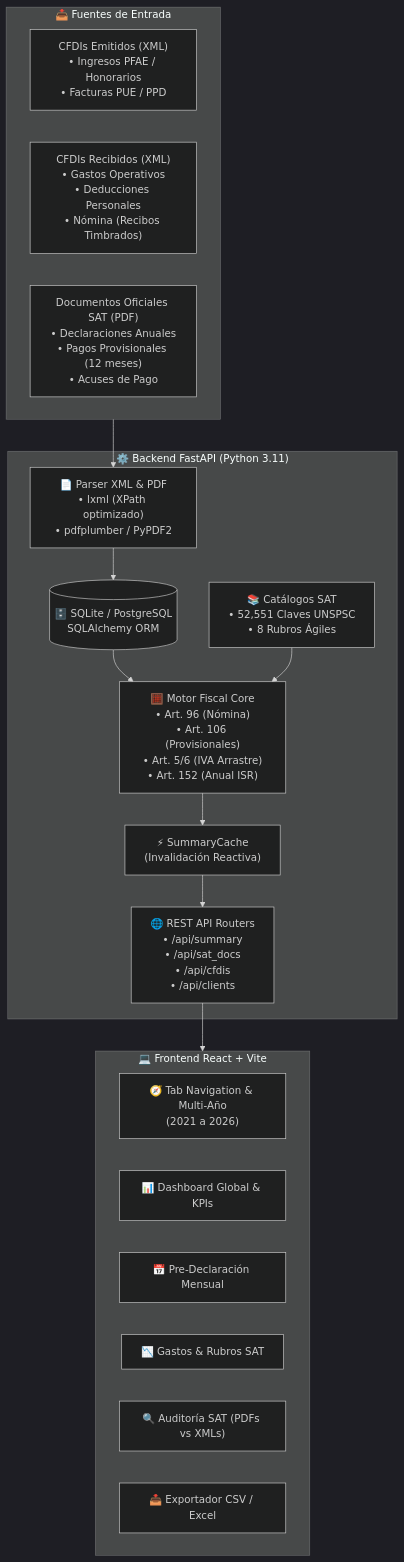
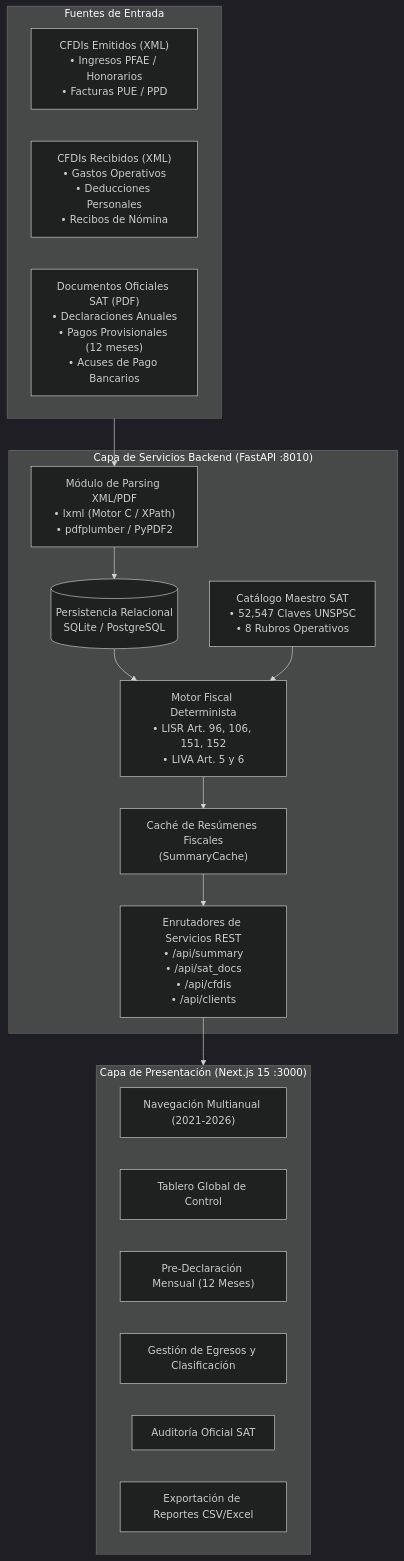
The diagram in docs/01_arquitectura_general.md (shellaquiles/tribuTACOS), drawn with Mermaid (dark theme) before and after one commit. The commit also changed other lines of this file and 10 other files, not shown here.

````diff
--- a/docs/01_arquitectura_general.md
+++ b/docs/01_arquitectura_general.md
@@ -11,34 +11,34 @@
 ```mermaid
 flowchart TD
-    subgraph Ingesta["📥 Fuentes de Entrada"]
+    subgraph Ingesta["Fuentes de Entrada"]
         XML_Emitidos["CFDIs Emitidos (XML)\n• Ingresos PFAE / Honorarios\n• Facturas PUE / PPD"]
-        XML_Recibidos["CFDIs Recibidos (XML)\n• Gastos Operativos\n• Deducciones Personales\n• Nómina (Recibos Timbrados)"]
-        PDF_SAT["Documentos Oficiales SAT (PDF)\n• Declaraciones Anuales\n• Pagos Provisionales (12 meses)\n• Acuses de Pago"]
+        XML_Recibidos["CFDIs Recibidos (XML)\n• Gastos Operativos\n• Deducciones Personales\n• Recibos de Nómina"]
+        PDF_SAT["Documentos Oficiales SAT (PDF)\n• Declaraciones Anuales\n• Pagos Provisionales (12 meses)\n• Acuses de Pago Bancarios"]
     end
 
-    subgraph Backend["⚙️ Backend FastAPI (Python 3.11)"]
-        Parser["📄 Parser XML & PDF\n• lxml (XPath optimizado)\n• pdfplumber / PyPDF2"]
-        DB[(🗄️ SQLite / PostgreSQL\nSQLAlchemy ORM)]
-        SatCat["📚 Catálogos SAT\n• 52,551 Claves UNSPSC\n• 8 Rubros Ágiles"]
-        Engine["🧮 Motor Fiscal Core\n• Art. 96 (Nómina)\n• Art. 106 (Provisionales)\n• Art. 5/6 (IVA Arrastre)\n• Art. 152 (Anual ISR)"]
-        Cache["⚡ SummaryCache\n(Invalidación Reactiva)"]
-        API["🌐 REST API Routers\n• /api/summary\n• /api/sat_docs\n• /api/cfdis\n• /api/clients"]
+    subgraph Backend["Capa de Servicios Backend (FastAPI :8010)"]
+        Parser["Módulo de Parsing XML/PDF\n• lxml (Motor C / XPath)\n• pdfplumber / PyPDF2"]
+        DB[(Persistencia Relacional\nSQLite / PostgreSQL)]
+        SatCat["Catálogo Maestro SAT\n• 52,547 Claves UNSPSC\n• 8 Rubros Operativos"]
+        Engine["Motor Fiscal Determinista\n• LISR Art. 96, 106, 151, 152\n• LIVA Art. 5 y 6"]
+        Cache["Caché de Resúmenes Fiscales\n(SummaryCache)"]
+        API["Enrutadores de Servicios REST\n• /api/summary\n• /api/sat_docs\n• /api/cfdis\n• /api/clients"]
     end
 
-    subgraph Frontend["💻 Frontend React + Vite"]
-        UI_Nav["🧭 Tab Navigation & Multi-Año\n(2021 a 2026)"]
-        UI_Dash["📊 Dashboard Global & KPIs"]
-        UI_Pre["📅 Pre-Declaración Mensual"]
-        UI_Egr["📉 Gastos & Rubros SAT"]
-        UI_Aud["🔍 Auditoría SAT (PDFs vs XMLs)"]
-        UI_Exp["📥 Exportador CSV / Excel"]
+    subgraph Frontend["Capa de Presentación (Next.js 15 :3000)"]
+        UI_Nav["Navegación Multianual (2021-2026)"]
+        UI_Dash["Tablero Global de Control"]
+        UI_Pre["Pre-Declaración Mensual (12 Meses)"]
+        UI_Egr["Gestión de Egresos y Clasificación"]
+        UI_Aud["Auditoría Oficial SAT"]
+        UI_Exp["Exportación de Reportes CSV/Excel"]
     end
 
     Ingesta --> Parser
     Parser --> DB
     DB --> Engine
     SatCat --> Engine
     Engine --> Cache
     Cache --> API
     API --> Frontend
 ```
````
